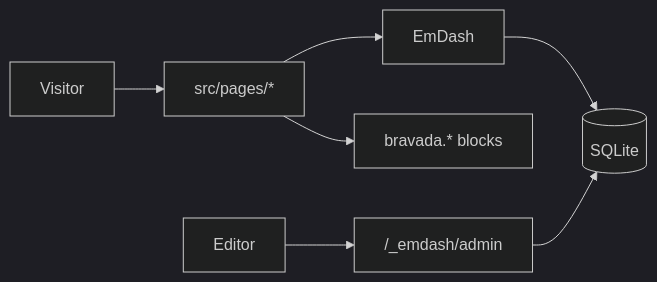
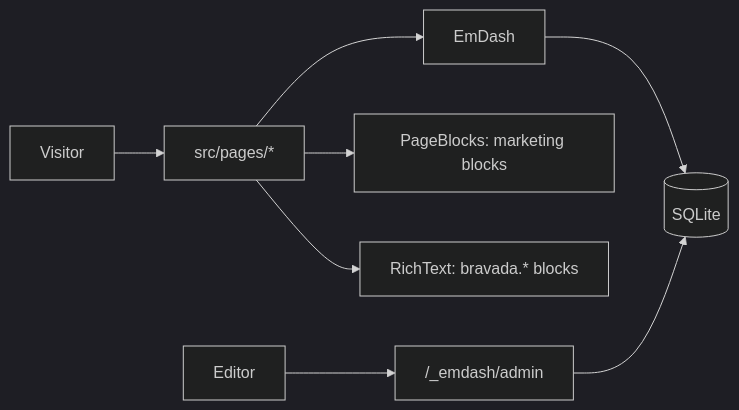
One commit to vhscom/emdash-theme-bravada changed the diagram in README.md. Above: the diagram before and after it, drawn with Mermaid (dark theme). The commit also changed other lines of this file and 52 other files, not shown here.

First line of the commit message:
Spike: build pages from EmDash marketing blocks

````diff
--- a/README.md
+++ b/README.md
@@ -212,6 +319,7 @@
 ```mermaid
 flowchart LR
     V[Visitor] --> P["src/pages/*"] --> Q[EmDash] --> DB[(SQLite)]
-    P --> B["bravada.* blocks"]
+    P --> M["PageBlocks: marketing blocks"]
+    P --> B["RichText: bravada.* blocks"]
     E[Editor] --> A["/_emdash/admin"] --> DB
 ```
````
